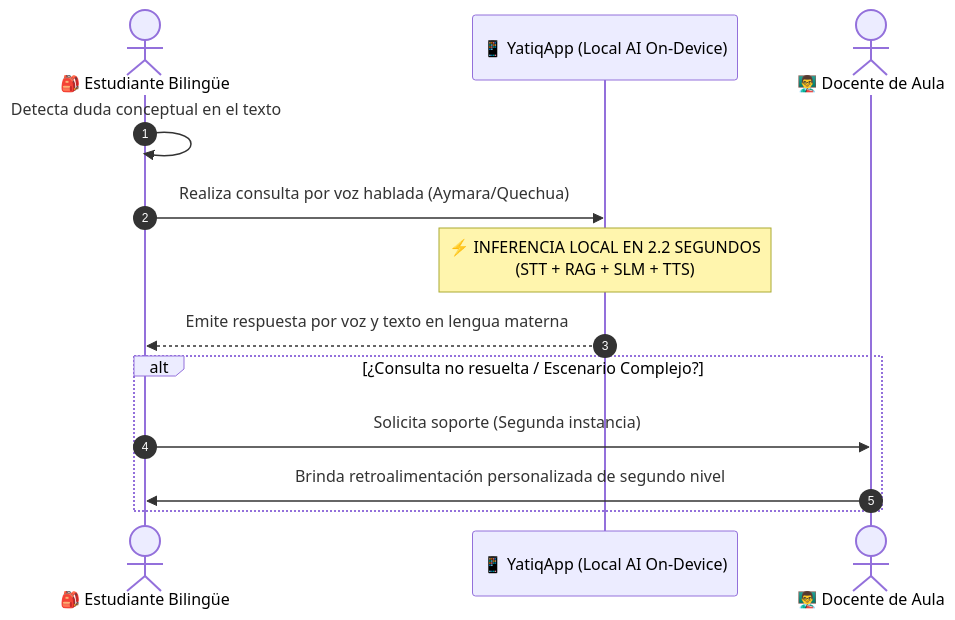
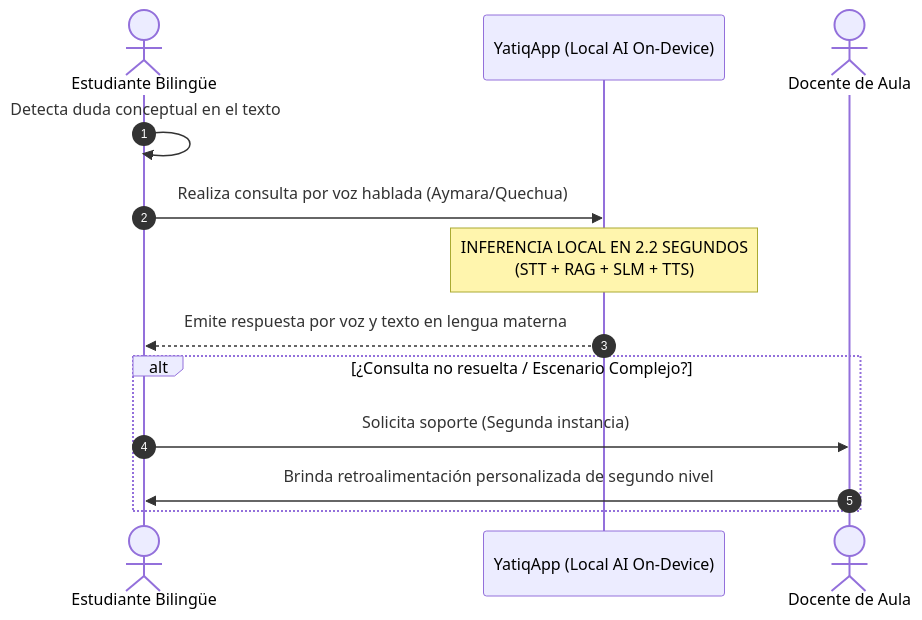
Before and after one commit to jhanslarico11/Perfil-de-Egreso: the third of 4 diagrams in docs/ChristianRafaelMamaniCallata/entregable4.md, drawn with Mermaid. The commit also changed other lines of this file and 4 other files, not shown here.

Commit message:
Remocion de emojis de los diagramas Mermaid para una apariencia academica limpia

````diff
--- a/docs/ChristianRafaelMamaniCallata/entregable4.md
+++ b/docs/ChristianRafaelMamaniCallata/entregable4.md
@@ -133,17 +133,17 @@
 ```mermaid
 sequenceDiagram
     autonumber
-    actor Alumno as 🎒 Estudiante Bilingüe
-    participant App as 📱 YatiqApp (Local AI On-Device)
-    actor Docente as 👨‍🏫 Docente de Aula
+    actor Alumno as Estudiante Bilingüe
+    participant App as YatiqApp (Local AI On-Device)
+    actor Docente as Docente de Aula
     
     Alumno ->> Alumno: Detecta duda conceptual en el texto
     Alumno ->> App: Realiza consulta por voz hablada (Aymara/Quechua)
-    Note over App: ⚡ INFERENCIA LOCAL EN 2.2 SEGUNDOS<br>(STT + RAG + SLM + TTS)
+    Note over App: INFERENCIA LOCAL EN 2.2 SEGUNDOS<br>(STT + RAG + SLM + TTS)
     App -->> Alumno: Emite respuesta por voz y texto en lengua materna
     
     alt ¿Consulta no resuelta / Escenario Complejo?
         Alumno ->> Docente: Solicita soporte (Segunda instancia)
         Docente ->> Alumno: Brinda retroalimentación personalizada de segundo nivel
     end
 ```
````
